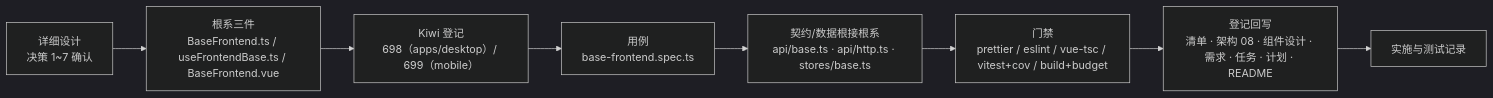
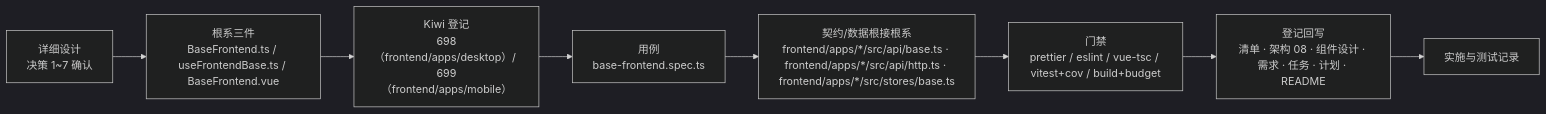
Before and after one commit to minjian123/basic-management-system: the diagram in bms文档/项目/04_前端组件库/任务/02_基础组件类/02_基础组件类_01_根系基类/实施/01_实施_01_根系基类.md, drawn with Mermaid (dark theme). The commit also changed other lines of this file and 134 other files, not shown here.

````diff
--- a/bms文档/项目/04_前端组件库/任务/02_基础组件类/02_基础组件类_01_根系基类/实施/01_实施_01_根系基类.md
+++ b/bms文档/项目/04_前端组件库/任务/02_基础组件类/02_基础组件类_01_根系基类/实施/01_实施_01_根系基类.md
@@ -22,10 +22,10 @@
 ```mermaid
 flowchart LR
     D["详细设计<br/>决策 1~7 确认"] --> C["根系三件<br/>BaseFrontend.ts / useFrontendBase.ts / BaseFrontend.vue"]
-    C --> K["Kiwi 登记<br/>698（apps/desktop）/ 699（mobile）"]
+    C --> K["Kiwi 登记<br/>698（frontend/apps/desktop）/ 699（frontend/apps/mobile）"]
     K --> T["用例<br/>base-frontend.spec.ts"]
-    T --> R["契约/数据根接根系<br/>api/base.ts · api/http.ts · stores/base.ts"]
+    T --> R["契约/数据根接根系<br/>frontend/apps/*/src/api/base.ts · frontend/apps/*/src/api/http.ts · frontend/apps/*/src/stores/base.ts"]
     R --> G["门禁<br/>prettier / eslint / vue-tsc / vitest+cov / build+budget"]
     G --> W["登记回写<br/>清单 · 架构 08 · 组件设计 · 需求 · 任务 · 计划 · README"]
     W --> L["实施与测试记录"]
 ```
````
